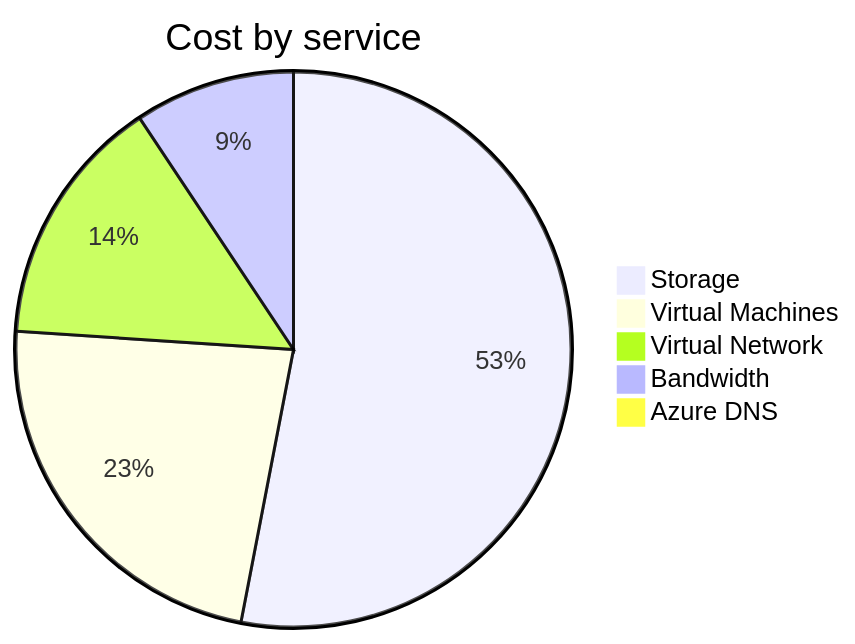
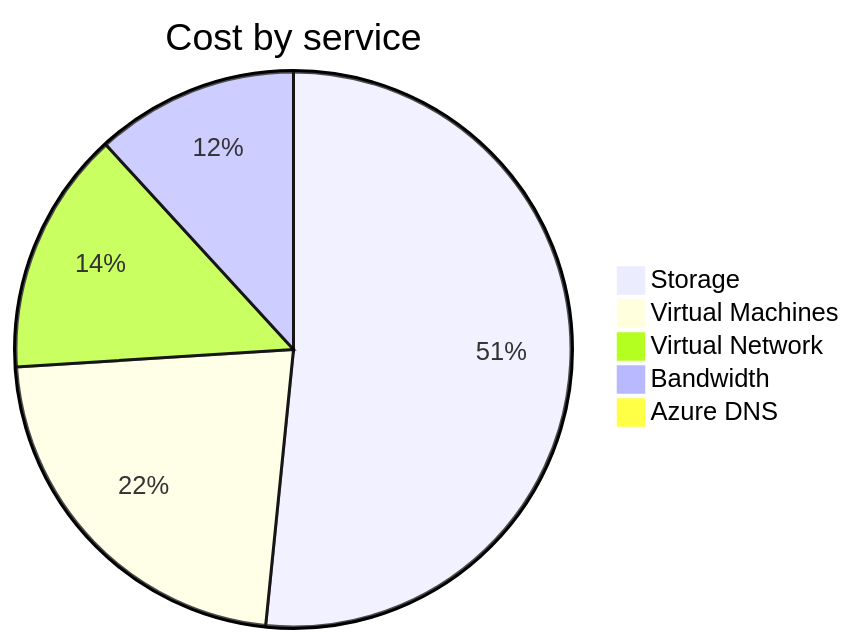
The second of 4 diagrams in cost-reports/personal-network/README.md (jpfulton/azure-personal-reports), drawn with Mermaid before and after one commit. The commit also changed other lines of this file and 8 other files, not shown here.

````diff
--- a/cost-reports/personal-network/README.md
+++ b/cost-reports/personal-network/README.md
@@ -97,9 +97,9 @@
 ```mermaid
 pie
    title Cost by service
-   "Storage" : 23.45
-   "Virtual Machines" : 10.18
-   "Virtual Network" : 6.46
-   "Bandwidth" : 4.13
-   "Azure DNS" : 0.43
+   "Storage" : 24.35
+   "Virtual Machines" : 10.57
+   "Virtual Network" : 6.70
+   "Bandwidth" : 5.57
+   "Azure DNS" : 0.45
 ```
````
